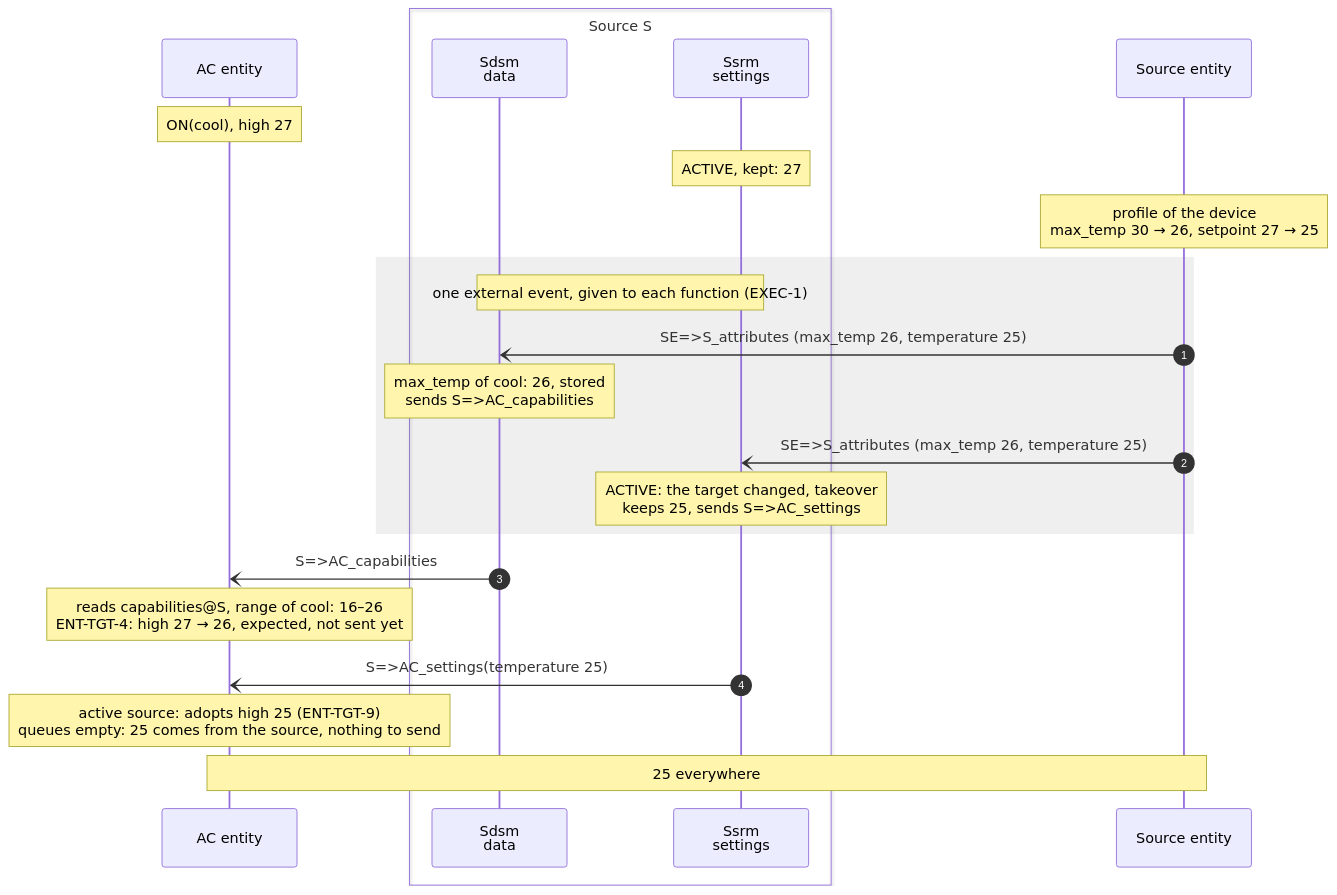
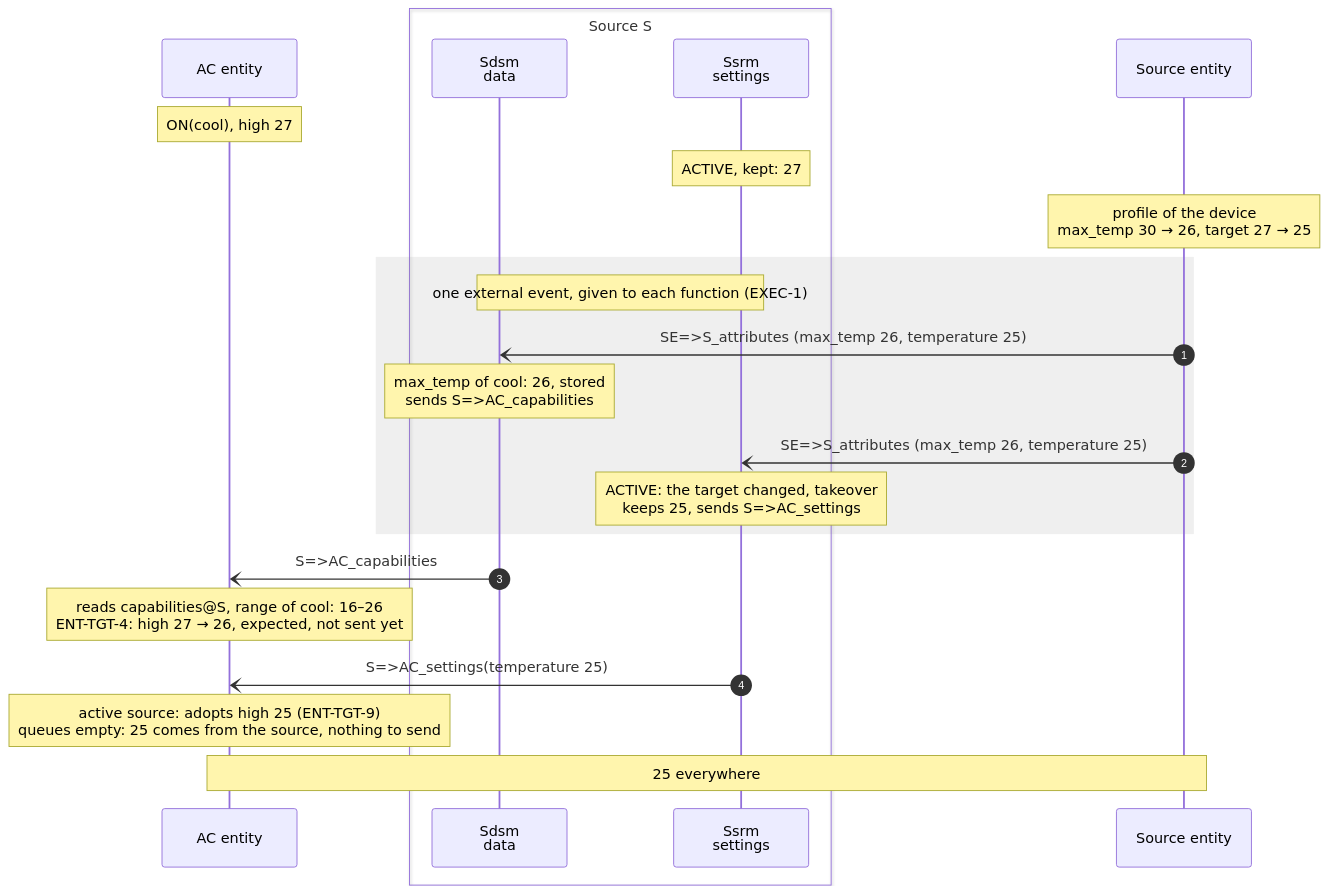
One commit to marsoupilami25/adaptative-climate changed diagram 21 of 21 in SPEC.md. Above: the diagram before and after it, drawn with Mermaid. The commit also changed other lines of this file, not shown here.

````diff
--- a/SPEC.md
+++ b/SPEC.md
@@ -3382,26 +3733,26 @@
 ```mermaid
 sequenceDiagram
     autonumber
     participant AC as AC entity
     box Source S
         participant Sdsm as Sdsm<br/>data
         participant Ssrm as Ssrm<br/>settings
     end
     participant SE as Source entity
 
     Note over AC: ON(cool), high 27
     Note over Ssrm: ACTIVE, kept: 27
-    Note over SE: profile of the device<br/>max_temp 30 → 26, setpoint 27 → 25
+    Note over SE: profile of the device<br/>max_temp 30 → 26, target 27 → 25
     rect rgba(127, 127, 127, 0.12)
         Note over Sdsm,Ssrm: one external event, given to each function (EXEC-1)
         SE-)Sdsm: SE=>S_attributes (max_temp 26, temperature 25)
         Note over Sdsm: max_temp of cool: 26, stored<br/>sends S=>AC_capabilities
         SE-)Ssrm: SE=>S_attributes (max_temp 26, temperature 25)
         Note over Ssrm: ACTIVE: the target changed, takeover<br/>keeps 25, sends S=>AC_settings
     end
     Sdsm-)AC: S=>AC_capabilities
     Note over AC: reads capabilities@S, range of cool: 16–26<br/>ENT-TGT-4: high 27 → 26, expected, not sent yet
     Ssrm-)AC: S=>AC_settings(temperature 25)
     Note over AC: active source: adopts high 25 (ENT-TGT-9)<br/>queues empty: 25 comes from the source, nothing to send
     Note over AC,SE: 25 everywhere
 ```
````
